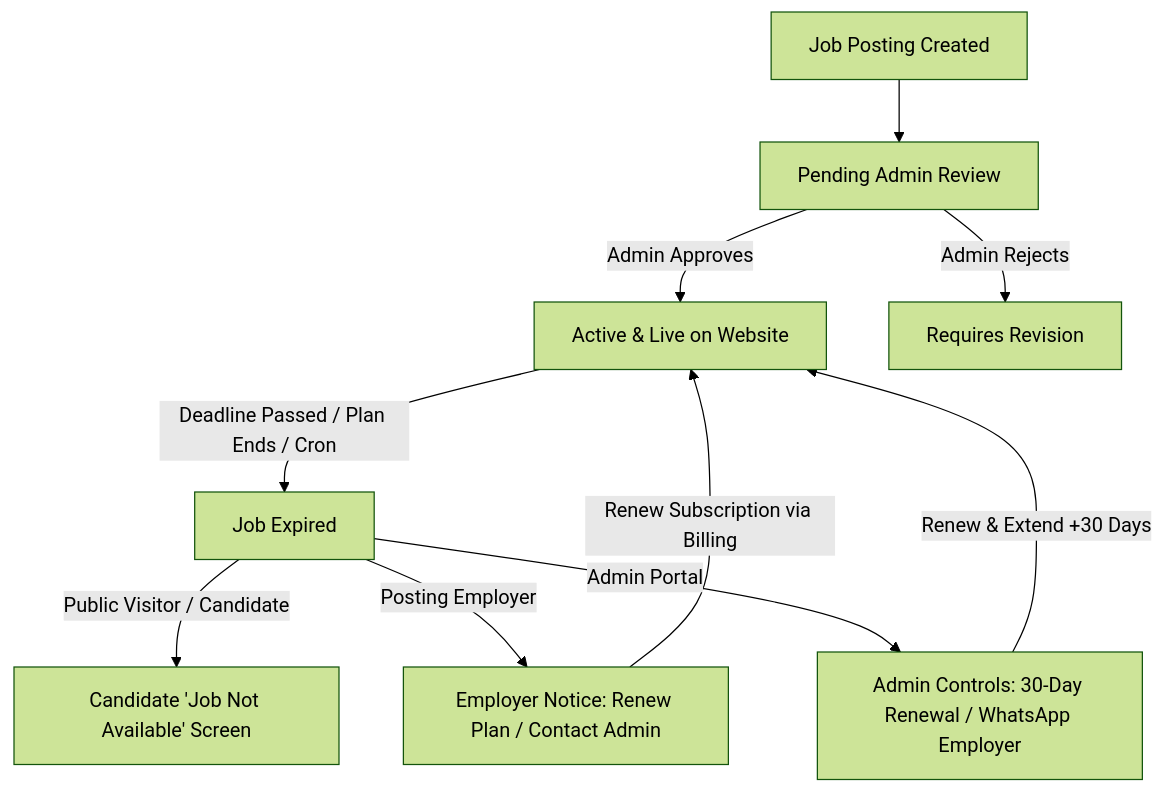
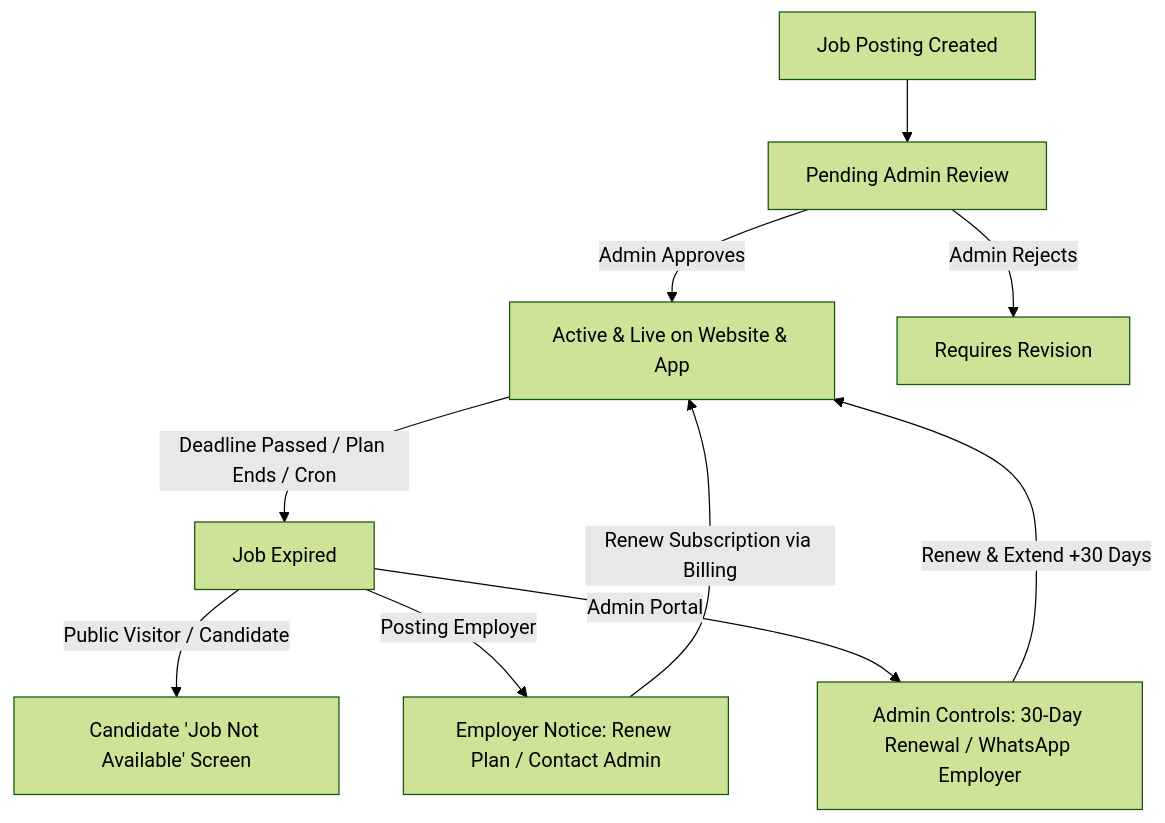
The second of 3 diagrams in TOTAL_FEATURES.md (SRIESWARAN01/thenijobs-web), drawn with Mermaid (forest theme) before and after one commit. The commit also changed other lines of this file and 2 other files, not shown here.

Commit message:
docs(features): update FEATURES.md and TOTAL_FEATURES.md with live audit, verification, and pricing

````diff
--- a/TOTAL_FEATURES.md
+++ b/TOTAL_FEATURES.md
@@ -79,14 +247,14 @@
 ```mermaid
 graph TD
     Job[Job Posting Created] --> Pending[Pending Admin Review]
-    Pending -->|Admin Approves| Active[Active & Live on Website]
+    Pending -->|Admin Approves| Active[Active & Live on Website & App]
     Pending -->|Admin Rejects| Revision[Requires Revision]
     Active -->|Deadline Passed / Plan Ends / Cron| Expired[Job Expired]
     
     Expired -->|Public Visitor / Candidate| PublicView[Candidate 'Job Not Available' Screen]
     Expired -->|Posting Employer| EmpView[Employer Notice: Renew Plan / Contact Admin]
     Expired -->|Admin Portal| AdminView[Admin Controls: 30-Day Renewal / WhatsApp Employer]
     
     AdminView -->|Renew & Extend +30 Days| Active
     EmpView -->|Renew Subscription via Billing| Active
 ```
````
